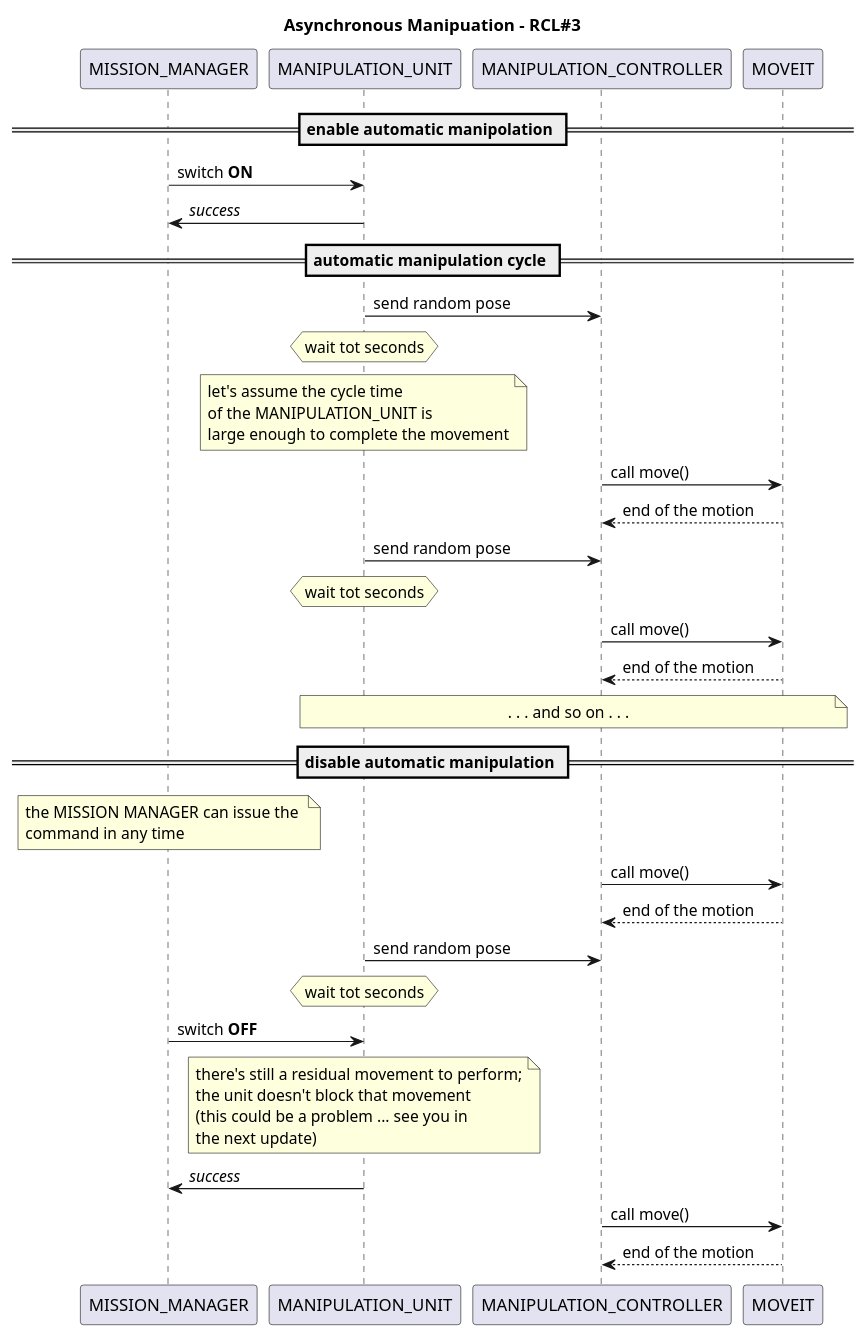
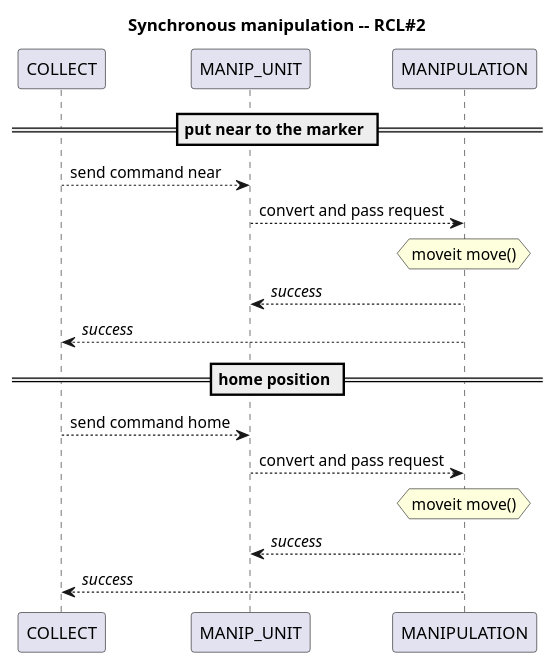
The fifth of 7 diagrams in README-sphinx.md (programmatoroSeduto/ExperimentalRoboticsLab-Assignment-2), drawn with PlantUML before and after one commit. The commit also changed other lines of this file and 190 other files, not shown here.

````diff
--- a/README-sphinx.md
+++ b/README-sphinx.md
@@ -546,73 +419,28 @@
 ```{uml}
 @startuml
 
-title Asynchronous Manipuation - RCL#3
+title Synchronous manipulation -- RCL#2
 
 ''' ENTITIES
-participant MISSION_MANAGER
-participant MANIPULATION_UNIT
-participant MANIPULATION_CONTROLLER
-participant MOVEIT
+participant COLLECT
+participant MANIP_UNIT
+participant MANIPULATION
 
-== enable automatic manipolation ==
+== put near to the marker ==
 
-MISSION_MANAGER -> MANIPULATION_UNIT : switch <b>ON</b>
-MISSION_MANAGER <- MANIPULATION_UNIT : <i>success</i>
+COLLECT --> MANIP_UNIT : send command near
+MANIP_UNIT --> MANIPULATION : convert and pass request
+hnote over MANIPULATION : moveit move()
+MANIP_UNIT <-- MANIPULATION : <i>success</i>
+COLLECT <-- MANIPULATION : <i>success</i>
 
-== automatic manipulation cycle ==
+== home position ==
 
-MANIPULATION_UNIT -> MANIPULATION_CONTROLLER : send random pose
-hnote over MANIPULATION_UNIT
-wait tot seconds
-end hnote
-note over MANIPULATION_UNIT
-let's assume the cycle time
-of the MANIPULATION_UNIT is
-large enough to complete the movement
-end note
-
-MANIPULATION_CONTROLLER -> MOVEIT : call move()
-MANIPULATION_CONTROLLER <-- MOVEIT : end of the motion
-
-MANIPULATION_UNIT -> MANIPULATION_CONTROLLER : send random pose
-hnote over MANIPULATION_UNIT
-wait tot seconds
-end hnote
-
-MANIPULATION_CONTROLLER -> MOVEIT : call move()
-MANIPULATION_CONTROLLER <-- MOVEIT : end of the motion
-
-note over MANIPULATION_UNIT, MOVEIT
-. . . and so on . . .
-end note
-
-== disable automatic manipulation ==
-
-note over MISSION_MANAGER
-the MISSION MANAGER can issue the 
-command in any time
-end note
-
-MANIPULATION_CONTROLLER -> MOVEIT : call move()
-MANIPULATION_CONTROLLER <-- MOVEIT : end of the motion
-
-MANIPULATION_UNIT -> MANIPULATION_CONTROLLER : send random pose
-hnote over MANIPULATION_UNIT
-wait tot seconds
-end hnote
-
-MISSION_MANAGER -> MANIPULATION_UNIT : switch <b>OFF</b>
-note over MANIPULATION_UNIT
-there's still a residual movement to perform;
-the unit doesn't block that movement 
-(this could be a problem ... see you in
-the next update)
-end note
-MISSION_MANAGER <- MANIPULATION_UNIT : <i>success</i>
-
-MANIPULATION_CONTROLLER -> MOVEIT : call move()
-MANIPULATION_CONTROLLER <-- MOVEIT : end of the motion
-
+COLLECT --> MANIP_UNIT : send command home
+MANIP_UNIT --> MANIPULATION : convert and pass request
+hnote over MANIPULATION : moveit move()
+MANIP_UNIT <-- MANIPULATION : <i>success</i>
+COLLECT <-- MANIPULATION : <i>success</i>
 
 @enduml
 ```
````
